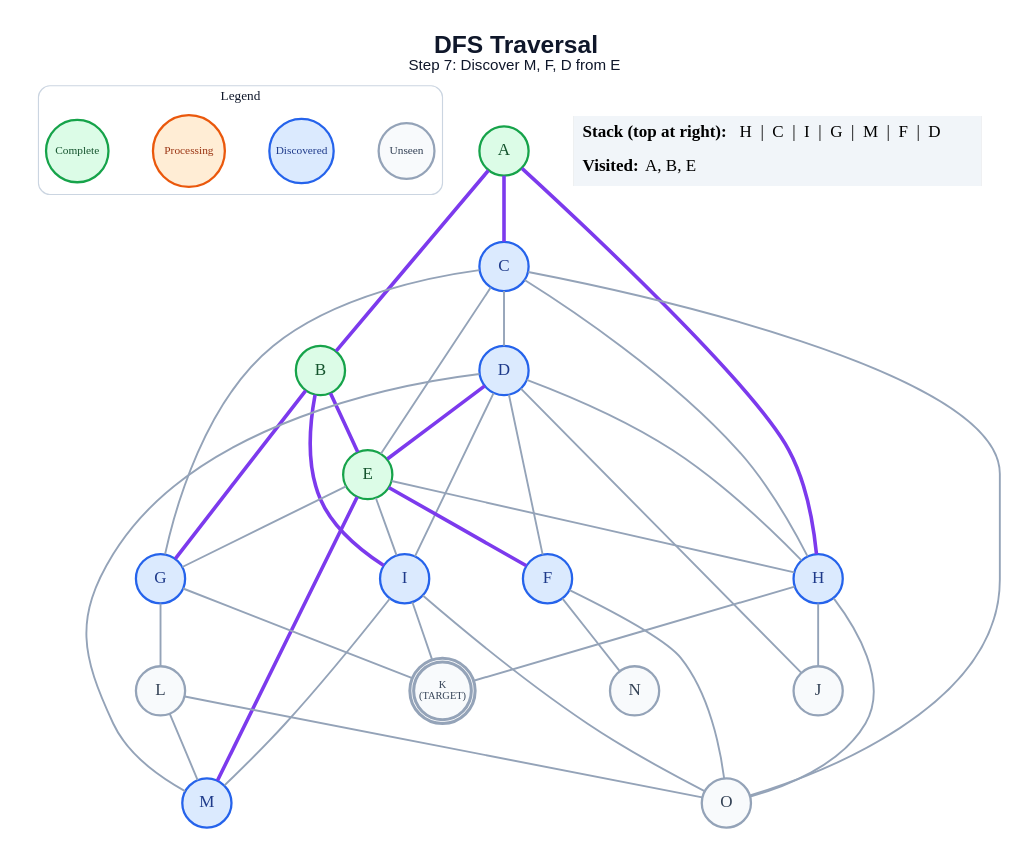
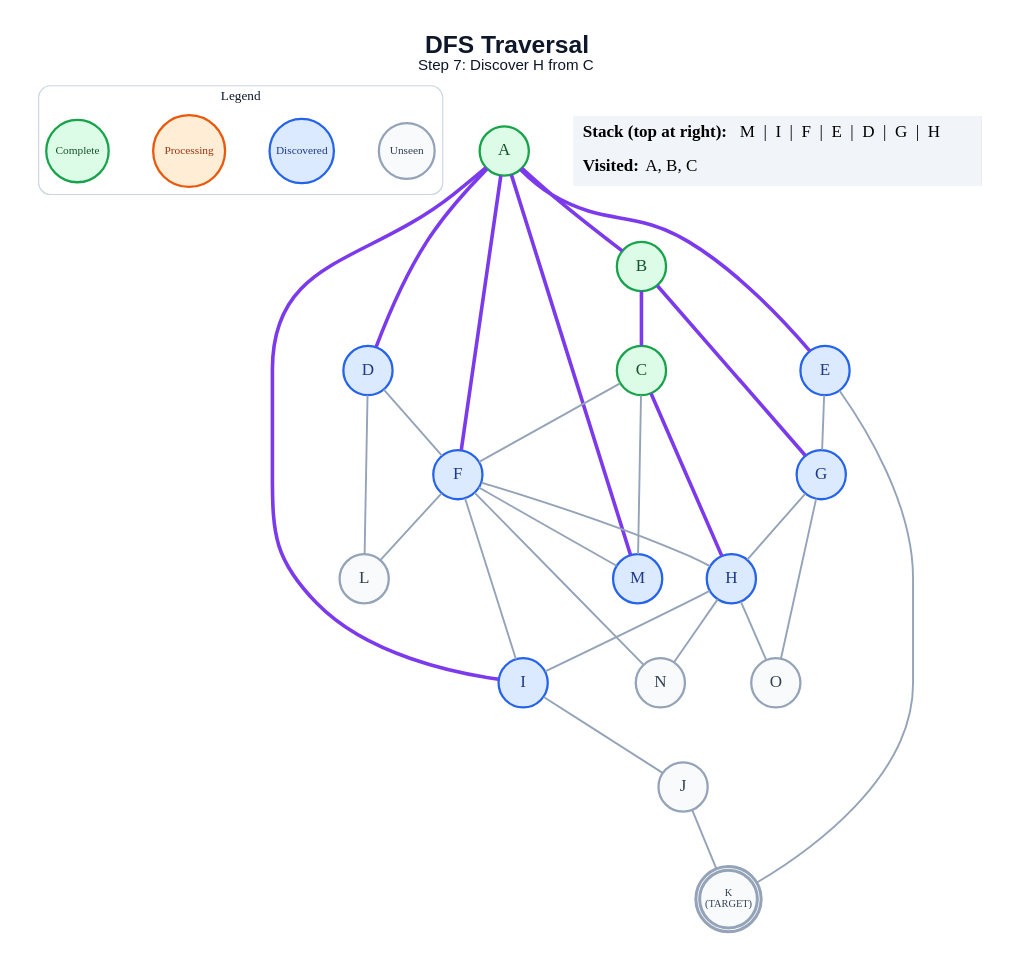
The diagram in generated/dfs/step_07.dot (anon7238593-create/ai-slop), drawn with Graphviz before and after one commit. The commit also changed 285 other files, not shown here.

```diff
--- a/generated/dfs/step_07.dot
+++ b/generated/dfs/step_07.dot
@@ -1,68 +1,61 @@
 graph traversal {
   graph [layout=dot, rankdir=TB, bgcolor="#FFFFFF", pad="0.35", nodesep="0.65", ranksep="0.8", fontname="Arial"];
   node [shape=circle, style="filled", fontname="Arial Bold", fontsize=18, width=0.72, fixedsize=true, penwidth=2.4];
   edge [color="#94A3B8", penwidth=2.0];
-  label=<<B>DFS Traversal</B><BR/><FONT POINT-SIZE="16">Step 7: Discover M, F, D from E</FONT>>; labelloc="t"; fontsize=26; fontname="Arial"; fontcolor="#0F172A";
+  label=<<B>DFS Traversal</B><BR/><FONT POINT-SIZE="16">Step 7: Discover H from C</FONT>>; labelloc="t"; fontsize=26; fontname="Arial"; fontcolor="#0F172A";
   subgraph cluster_legend { label="Legend"; color="#CBD5E1"; penwidth=1.2; style="rounded"; fontsize=14; fontname="Arial Bold";
     key_unseen [label="Unseen", fillcolor="#F8FAFC", color="#94A3B8", fontcolor="#334155", fontsize=12, width=0.82];
     key_frontier [label="Discovered", fillcolor="#DBEAFE", color="#2563EB", fontcolor="#1E3A8A", fontsize=12, width=0.95];
     key_current [label="Processing", fillcolor="#FFEDD5", color="#EA580C", fontcolor="#9A3412", fontsize=12, width=1.05];
     key_done [label="Complete", fillcolor="#DCFCE7", color="#16A34A", fontcolor="#14532D", fontsize=12, width=0.92];
     { rank=same; key_unseen; key_frontier; key_current; key_done; }
   }
   A [label="A", fillcolor="#DCFCE7", color="#16A34A", fontcolor="#14532D", peripheries=1, penwidth=2.4];
   B [label="B", fillcolor="#DCFCE7", color="#16A34A", fontcolor="#14532D", peripheries=1, penwidth=2.4];
-  C [label="C", fillcolor="#DBEAFE", color="#2563EB", fontcolor="#1E3A8A", peripheries=1, penwidth=2.4];
+  C [label="C", fillcolor="#DCFCE7", color="#16A34A", fontcolor="#14532D", peripheries=1, penwidth=2.4];
   D [label="D", fillcolor="#DBEAFE", color="#2563EB", fontcolor="#1E3A8A", peripheries=1, penwidth=2.4];
-  E [label="E", fillcolor="#DCFCE7", color="#16A34A", fontcolor="#14532D", peripheries=1, penwidth=2.4];
+  E [label="E", fillcolor="#DBEAFE", color="#2563EB", fontcolor="#1E3A8A", peripheries=1, penwidth=2.4];
   F [label="F", fillcolor="#DBEAFE", color="#2563EB", fontcolor="#1E3A8A", peripheries=1, penwidth=2.4];
   G [label="G", fillcolor="#DBEAFE", color="#2563EB", fontcolor="#1E3A8A", peripheries=1, penwidth=2.4];
   H [label="H", fillcolor="#DBEAFE", color="#2563EB", fontcolor="#1E3A8A", peripheries=1, penwidth=2.4];
   I [label="I", fillcolor="#DBEAFE", color="#2563EB", fontcolor="#1E3A8A", peripheries=1, penwidth=2.4];
   J [label="J", fillcolor="#F8FAFC", color="#94A3B8", fontcolor="#334155", peripheries=1, penwidth=2.4];
   K [label="K\n(TARGET)", fillcolor="#F8FAFC", color="#94A3B8", fontcolor="#334155", peripheries=2, penwidth=3.2, fontsize=11, width=0.85, height=0.85];
   L [label="L", fillcolor="#F8FAFC", color="#94A3B8", fontcolor="#334155", peripheries=1, penwidth=2.4];
   M [label="M", fillcolor="#DBEAFE", color="#2563EB", fontcolor="#1E3A8A", peripheries=1, penwidth=2.4];
   N [label="N", fillcolor="#F8FAFC", color="#94A3B8", fontcolor="#334155", peripheries=1, penwidth=2.4];
   O [label="O", fillcolor="#F8FAFC", color="#94A3B8", fontcolor="#334155", peripheries=1, penwidth=2.4];
   A -- B [color="#7C3AED", penwidth=3.8];
-  A -- C [color="#7C3AED", penwidth=3.8];
-  A -- H [color="#7C3AED", penwidth=3.8];
-  B -- E [color="#7C3AED", penwidth=3.8];
+  A -- D [color="#7C3AED", penwidth=3.8];
+  A -- E [color="#7C3AED", penwidth=3.8];
+  A -- F [color="#7C3AED", penwidth=3.8];
+  A -- I [color="#7C3AED", penwidth=3.8];
+  A -- M [color="#7C3AED", penwidth=3.8];
+  B -- C [color="#7C3AED", penwidth=3.8];
   B -- G [color="#7C3AED", penwidth=3.8];
-  B -- I [color="#7C3AED", penwidth=3.8];
-  C -- D;
-  C -- E;
-  C -- G;
-  C -- H;
-  C -- O;
-  D -- E [color="#7C3AED", penwidth=3.8];
+  C -- F;
+  C -- H [color="#7C3AED", penwidth=3.8];
+  C -- M;
   D -- F;
-  D -- H;
-  D -- I;
-  D -- J;
-  D -- M;
-  E -- F [color="#7C3AED", penwidth=3.8];
+  D -- L;
   E -- G;
-  E -- H;
-  E -- I;
-  E -- M [color="#7C3AED", penwidth=3.8];
+  E -- K;
+  F -- H;
+  F -- I;
+  F -- L;
+  F -- M;
   F -- N;
-  F -- O;
-  G -- K;
-  G -- L;
-  H -- J;
-  H -- K;
+  G -- H;
+  G -- O;
+  H -- I;
+  H -- N;
   H -- O;
-  I -- K;
-  I -- M;
-  I -- O;
-  L -- M;
-  L -- O;
+  I -- J;
+  J -- K;
   status [shape=plain, fixedsize=false, width=0, height=0, margin=0, label=<
     <TABLE BORDER="0" CELLBORDER="0" CELLPADDING="7" BGCOLOR="#F1F5F9">
-      <TR><TD ALIGN="LEFT"><B>Stack (top at right):</B> H  |  C  |  I  |  G  |  M  |  F  |  D</TD></TR>
-      <TR><TD ALIGN="LEFT"><B>Visited:</B> A, B, E</TD></TR>
+      <TR><TD ALIGN="LEFT"><B>Stack (top at right):</B> M  |  I  |  F  |  E  |  D  |  G  |  H</TD></TR>
+      <TR><TD ALIGN="LEFT"><B>Visited:</B> A, B, C</TD></TR>
     </TABLE>
   >];
 }
```
